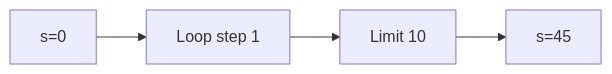
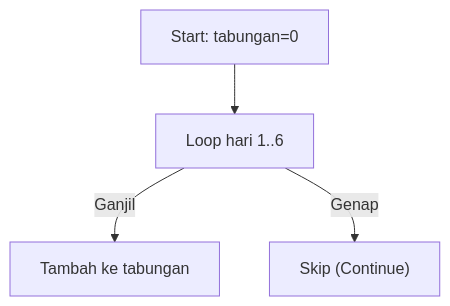
One commit to amnahwaida/OSNK_INF_PREP changed the sixth of 25 diagrams in part-c-pemahaman-cpp/03-perulangan/latihan/set-12.md. Above: the diagram before and after it, drawn with Mermaid. The commit also changed other lines of this file and 71 other files, not shown here.

````diff
--- a/part-c-pemahaman-cpp/03-perulangan/latihan/set-12.md
+++ b/part-c-pemahaman-cpp/03-perulangan/latihan/set-12.md
@@ -156,6 +184,6 @@
 ```mermaid
-graph LR
-A["s=0"] --> B["Loop step 1"]
-B --> C["Limit 10"]
-C --> D["s=45"]
+graph TD
+A["Start: tabungan=0"] --> B["Loop hari 1..6"]
+B -- Ganjil --> C["Tambah ke tabungan"]
+B -- Genap --> D["Skip (Continue)"]
 ```
````
